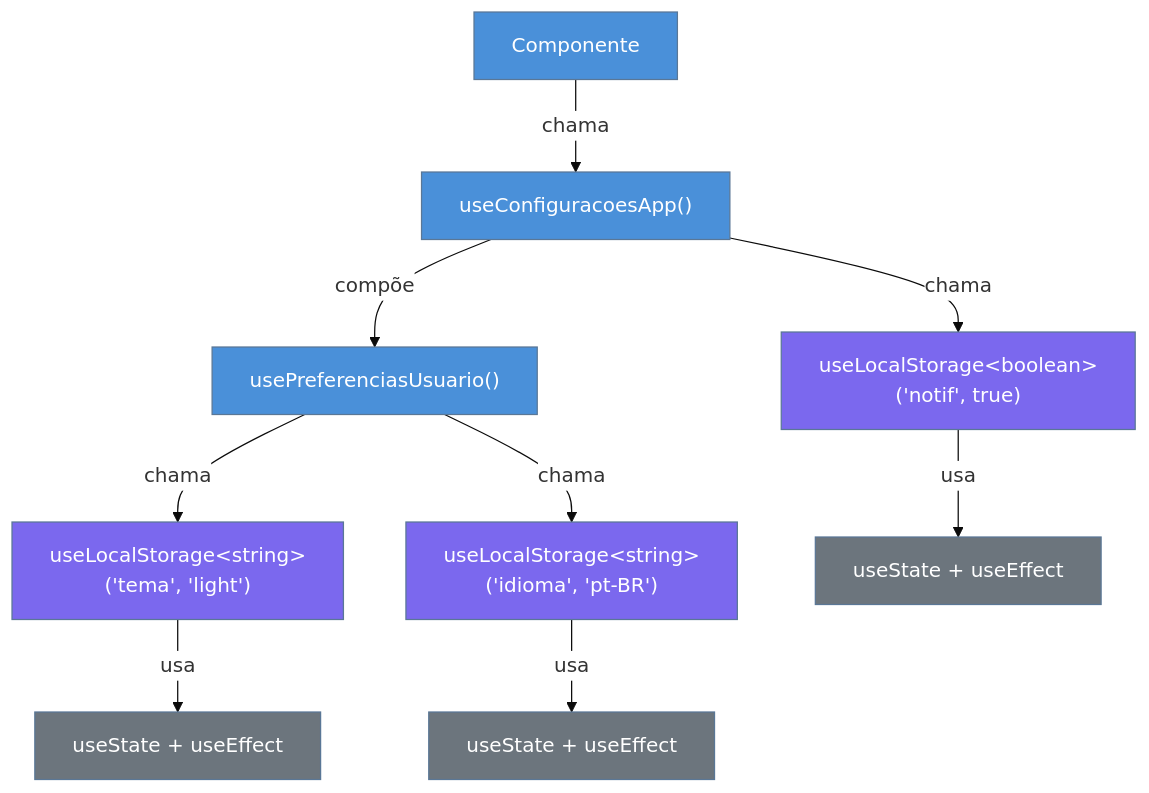
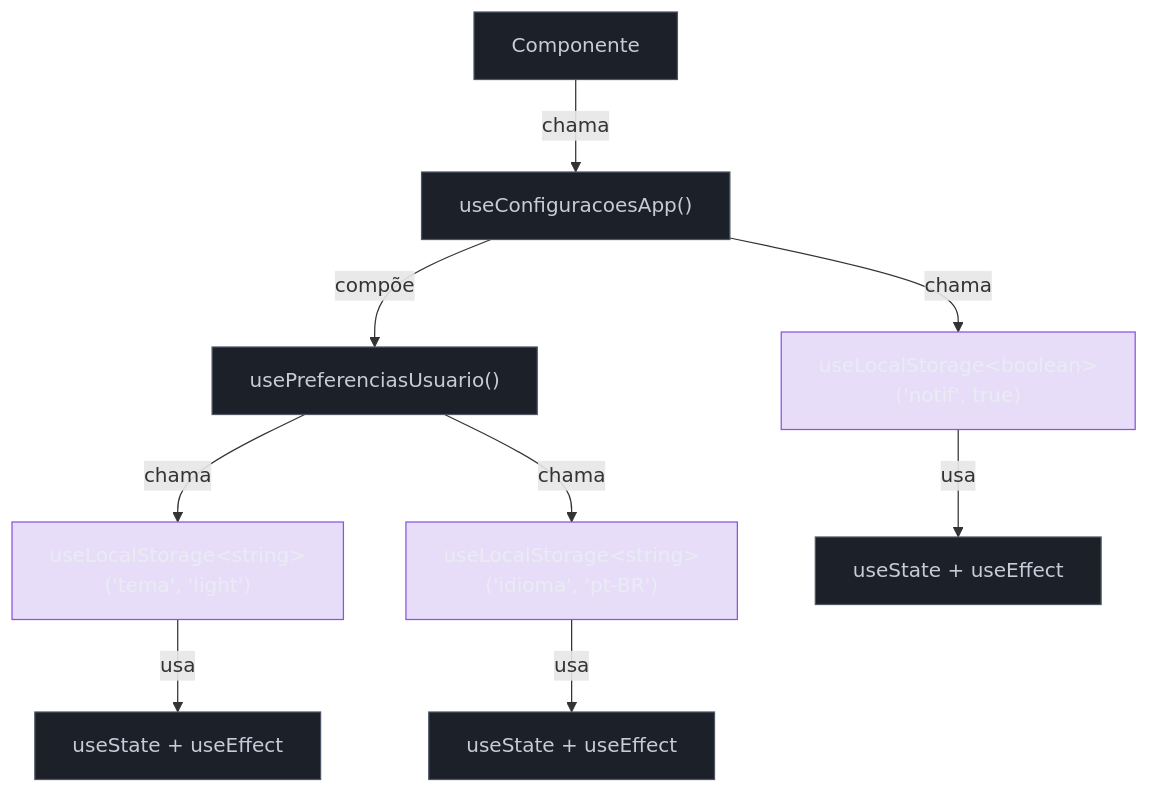
The diagram in 03-Dominios/Tecnologia/React/React core/14 - Custom hooks.md (josenaldo/codex-technomanticus), drawn with Mermaid before and after one commit. The commit also changed 1181 other files, not shown here.

First line of the commit message:
fix(diagramas): paleta do sistema no lugar de cor cravada no markdown

````diff
--- a/03-Dominios/Tecnologia/React/React core/14 - Custom hooks.md
+++ b/03-Dominios/Tecnologia/React/React core/14 - Custom hooks.md
@@ -186,22 +186,23 @@
 ```mermaid
-%%{init: {"theme": "base", "themeVariables": {"primaryColor": "#4A90D9", "edgeLabelBackground": "#ffffff"}}}%%
 graph TD
+    classDef neutro fill:#1B2029,stroke:#4E5666,color:#C6CCD8
+    classDef marca fill:#8855DF33,stroke:#8855DF,color:#E9ECF2
     C[Componente] -->|"chama"| H1["useConfiguracoesApp()"]
     H1 -->|"compõe"| H2["usePreferenciasUsuario()"]
     H1 -->|"chama"| H3["useLocalStorage&lt;boolean&gt;('notif', true)"]
     H2 -->|"chama"| H4["useLocalStorage&lt;string&gt;('tema', 'light')"]
     H2 -->|"chama"| H5["useLocalStorage&lt;string&gt;('idioma', 'pt-BR')"]
     H4 -->|"usa"| S1["useState + useEffect"]
     H5 -->|"usa"| S2["useState + useEffect"]
     H3 -->|"usa"| S3["useState + useEffect"]
 
-    style C fill:#4A90D9,color:#fff
-    style H1 fill:#4A90D9,color:#fff
-    style H2 fill:#4A90D9,color:#fff
-    style H3 fill:#7B68EE,color:#fff
-    style H4 fill:#7B68EE,color:#fff
-    style H5 fill:#7B68EE,color:#fff
-    style S1 fill:#6c757d,color:#fff
-    style S2 fill:#6c757d,color:#fff
-    style S3 fill:#6c757d,color:#fff
+    class C neutro
+    class H1 neutro
+    class H2 neutro
+    class H3 marca
+    class H4 marca
+    class H5 marca
+    class S1 neutro
+    class S2 neutro
+    class S3 neutro
 ```
````
